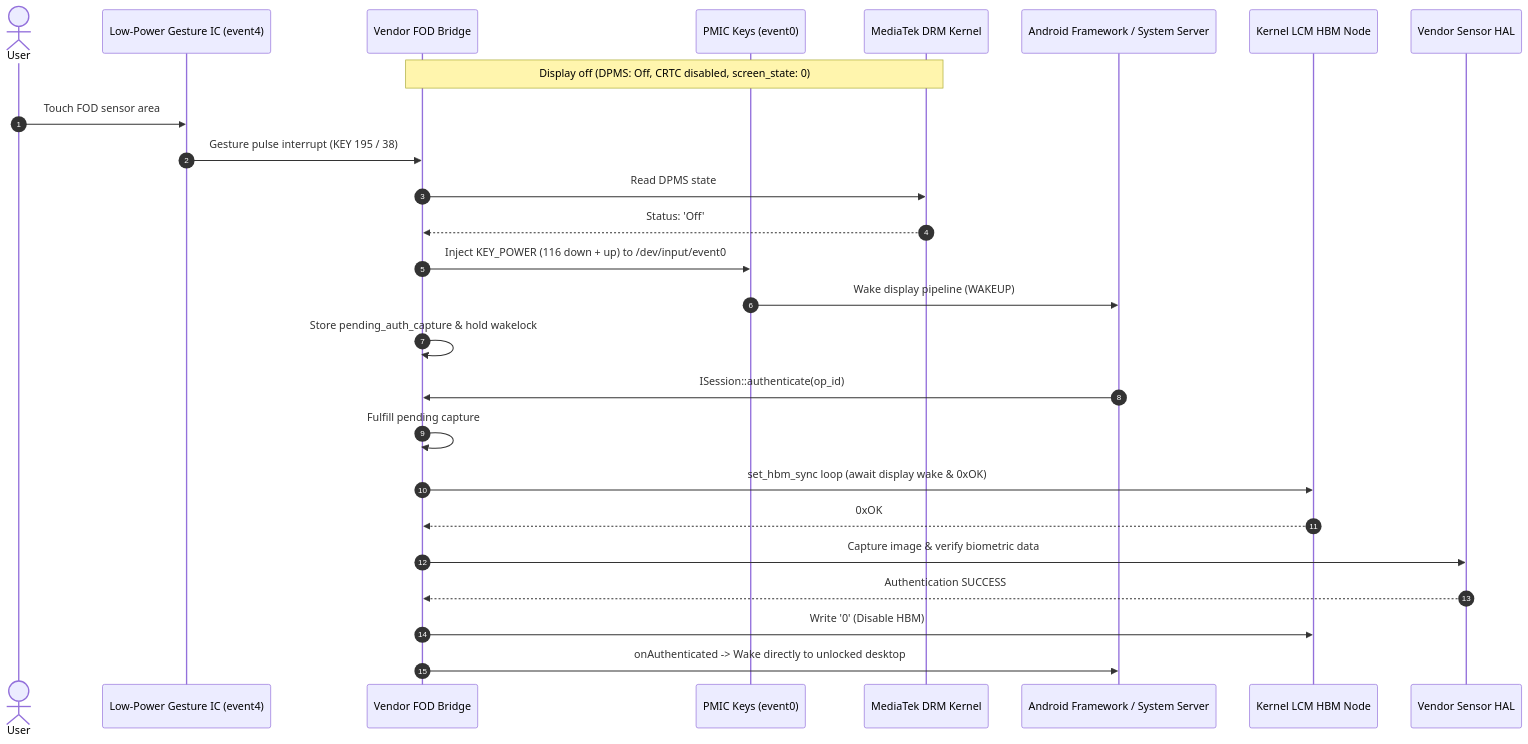
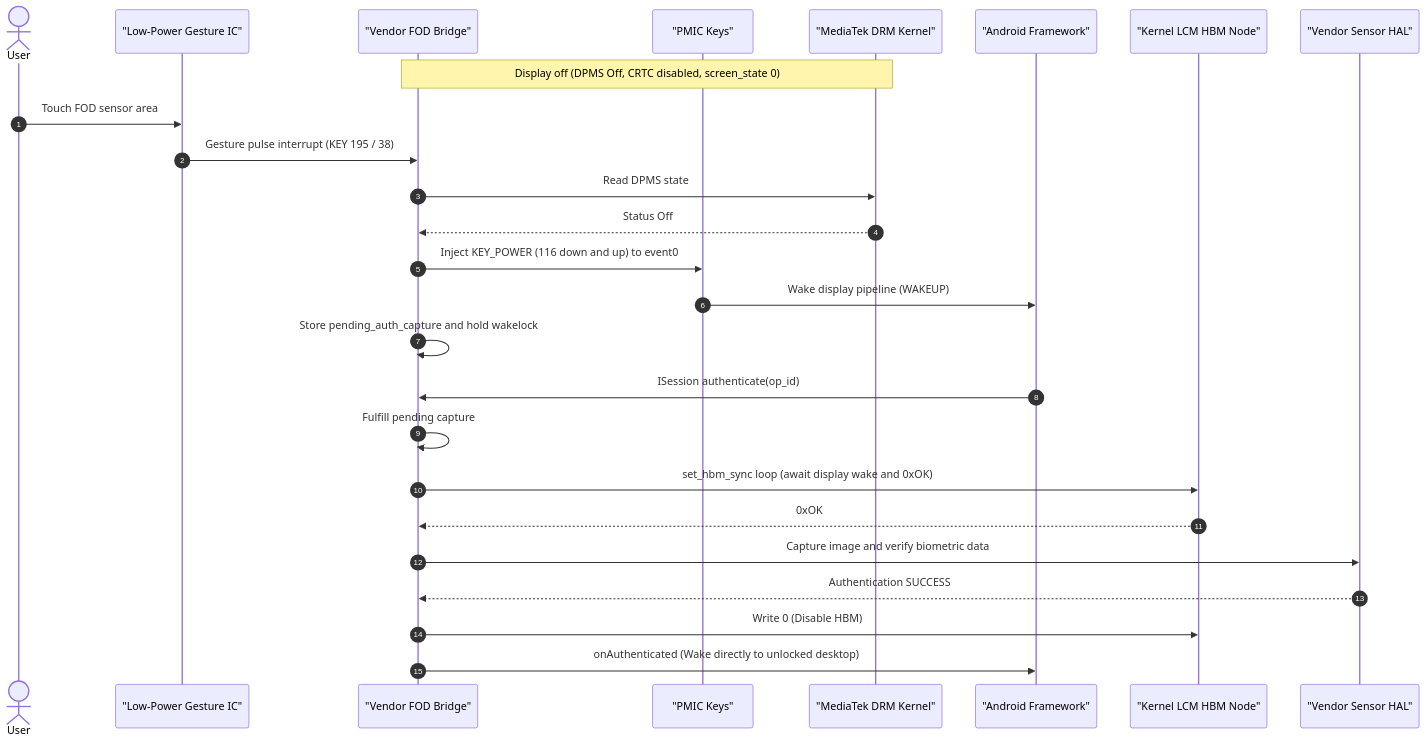
The fourth of 4 diagrams in README.md (RapliVx/Oplus-UDFPS-Bridge-Transsion), drawn with Mermaid before and after one commit. The commit also changed other lines of this file, not shown here.

First line of the commit message:
docs(readme): fix mermaid diagrams and file paths

````diff
--- a/README.md
+++ b/README.md
@@ -164,29 +164,29 @@
 ```mermaid
 sequenceDiagram
     autonumber
     actor User as User
-    participant TP as Low-Power Gesture IC (event4)
-    participant Bridge as Vendor FOD Bridge
-    participant Pmic as PMIC Keys (event0)
-    participant MtkDrm as MediaTek DRM Kernel
-    participant Framework as Android Framework / System Server
-    participant HBM as Kernel LCM HBM Node
-    participant Sensor as Vendor Sensor HAL
+    participant TP as "Low-Power Gesture IC"
+    participant Bridge as "Vendor FOD Bridge"
+    participant Pmic as "PMIC Keys"
+    participant MtkDrm as "MediaTek DRM Kernel"
+    participant Framework as "Android Framework"
+    participant HBM as "Kernel LCM HBM Node"
+    participant Sensor as "Vendor Sensor HAL"
 
-    Note over Bridge,MtkDrm: Display off (DPMS: Off, CRTC disabled, screen_state: 0)
+    Note over Bridge,MtkDrm: Display off (DPMS Off, CRTC disabled, screen_state 0)
     User->>TP: Touch FOD sensor area
     TP->>Bridge: Gesture pulse interrupt (KEY 195 / 38)
     Bridge->>MtkDrm: Read DPMS state
-    MtkDrm-->>Bridge: Status: 'Off'
-    Bridge->>Pmic: Inject KEY_POWER (116 down + up) to /dev/input/event0
+    MtkDrm-->>Bridge: Status Off
+    Bridge->>Pmic: Inject KEY_POWER (116 down and up) to event0
     Pmic->>Framework: Wake display pipeline (WAKEUP)
-    Bridge->>Bridge: Store pending_auth_capture & hold wakelock
-    Framework->>Bridge: ISession::authenticate(op_id)
+    Bridge->>Bridge: Store pending_auth_capture and hold wakelock
+    Framework->>Bridge: ISession authenticate(op_id)
     Bridge->>Bridge: Fulfill pending capture
-    Bridge->>HBM: set_hbm_sync loop (await display wake & 0xOK)
+    Bridge->>HBM: set_hbm_sync loop (await display wake and 0xOK)
     HBM-->>Bridge: 0xOK
-    Bridge->>Sensor: Capture image & verify biometric data
+    Bridge->>Sensor: Capture image and verify biometric data
     Sensor-->>Bridge: Authentication SUCCESS
-    Bridge->>HBM: Write '0' (Disable HBM)
-    Bridge->>Framework: onAuthenticated -> Wake directly to unlocked desktop
+    Bridge->>HBM: Write 0 (Disable HBM)
+    Bridge->>Framework: onAuthenticated (Wake directly to unlocked desktop)
 ```
````
